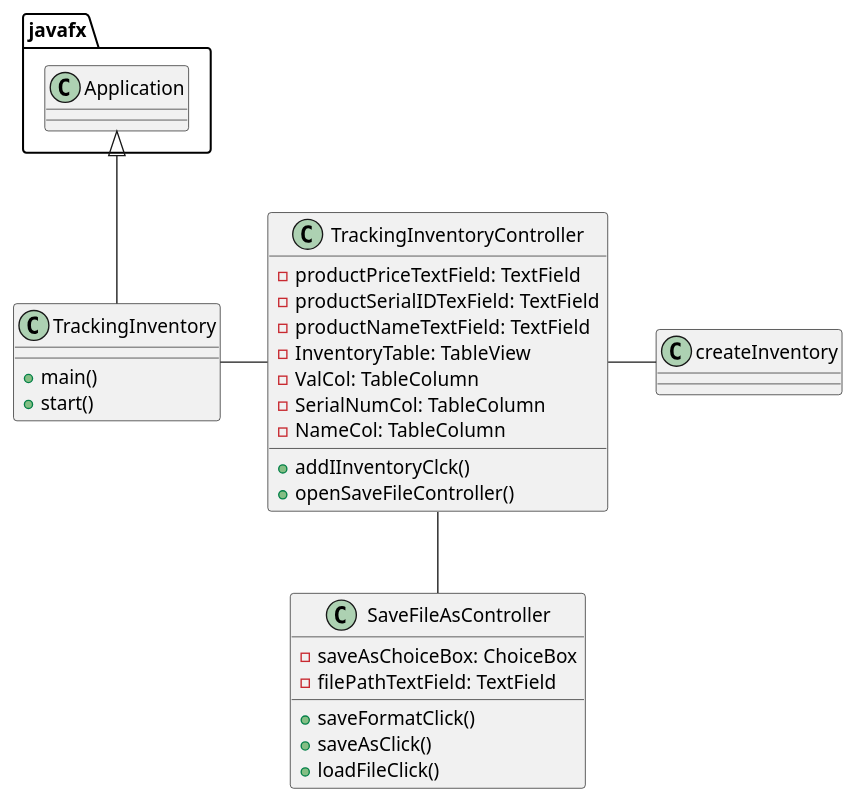
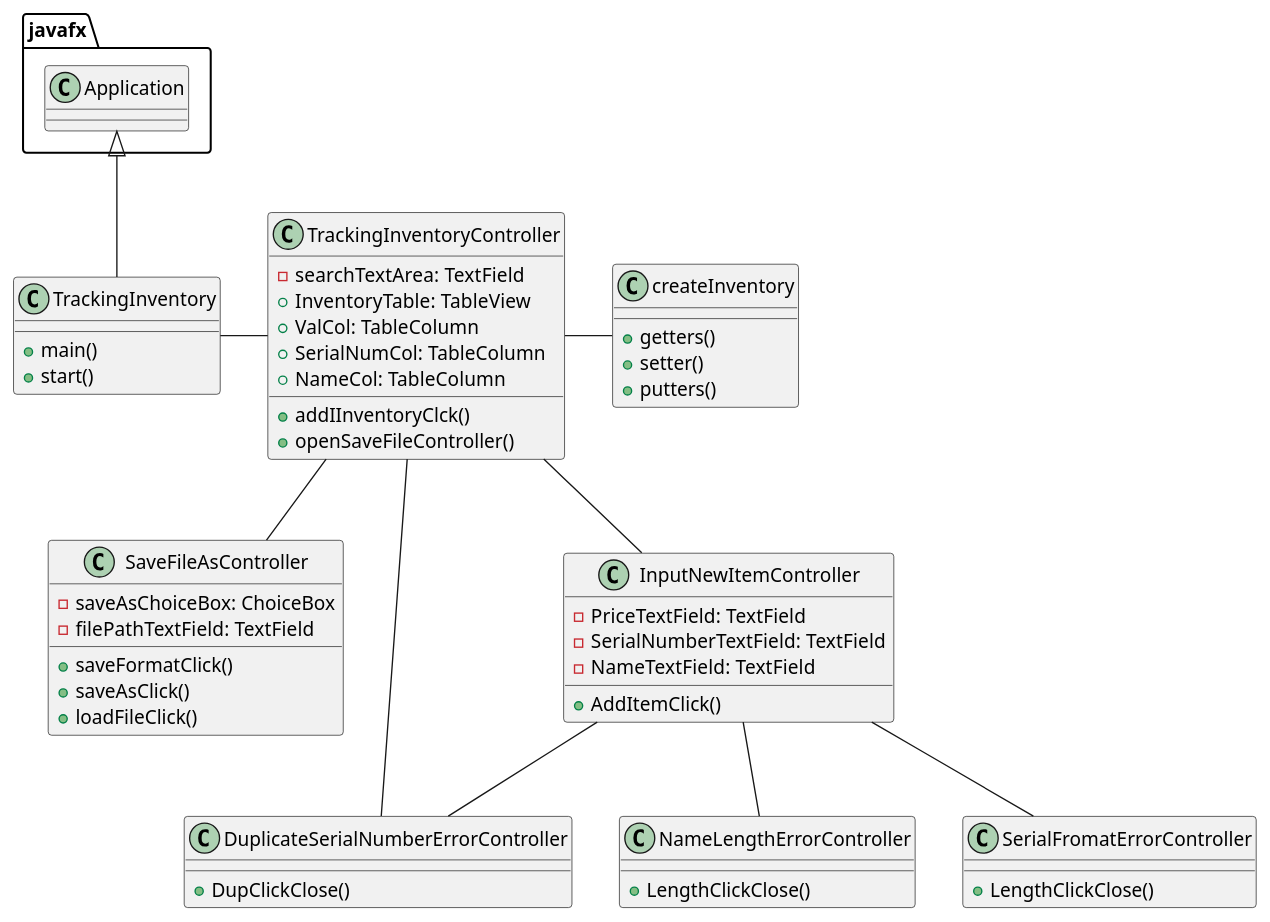
The diagram in uml/TrackingInventory.puml (fshofiquel/Item-Inventory), drawn with PlantUML before and after one commit. The commit also changed 10 other files, not shown here.

First line of the commit message:
Finalized gui design and required error windows and updated plantuml to match it

```diff
--- a/uml/TrackingInventory.puml
+++ b/uml/TrackingInventory.puml
@@ -1,47 +1,74 @@
 @startuml
 'https://plantuml.com/class-diagram
 
 class TrackingInventory
 {
     + main()
     + start()
 }
 
 class TrackingInventoryController
 {
-    - productPriceTextField: TextField
-    - productSerialIDTexField: TextField
-    - productNameTextField: TextField
-    - InventoryTable: TableView
-    - ValCol: TableColumn
-    - SerialNumCol: TableColumn
-    - NameCol: TableColumn
+    - searchTextArea: TextField
+    + InventoryTable: TableView
+    + ValCol: TableColumn
+    + SerialNumCol: TableColumn
+    + NameCol: TableColumn
 
     + addIInventoryClck()
     + openSaveFileController()
 }
 
 class SaveFileAsController
 {
     - saveAsChoiceBox: ChoiceBox
     - filePathTextField: TextField
 
     + saveFormatClick()
     + saveAsClick()
     + loadFileClick()
 }
 
+class InputNewItemController
+{
+    - PriceTextField: TextField
+    - SerialNumberTextField: TextField
+    - NameTextField: TextField
+
+    + AddItemClick()
+}
+
+class DuplicateSerialNumberErrorController
+{
+    + DupClickClose()
+}
+
+class NameLengthErrorController
+{
+    + LengthClickClose()
+}
+
+class SerialFromatErrorController
+{
+    + LengthClickClose()
+}
+
 class createInventory
 {
-
+    +getters()
+    +setter()
+    +putters()
 }
-
 
 javafx.Application <|-- TrackingInventory
 
 TrackingInventory - TrackingInventoryController
 TrackingInventoryController - createInventory
 TrackingInventoryController -- SaveFileAsController
-
+TrackingInventoryController -- InputNewItemController
+TrackingInventoryController -- DuplicateSerialNumberErrorController
+InputNewItemController -- DuplicateSerialNumberErrorController
+InputNewItemController -- NameLengthErrorController
+InputNewItemController -- SerialFromatErrorController
 
 @enduml
```
